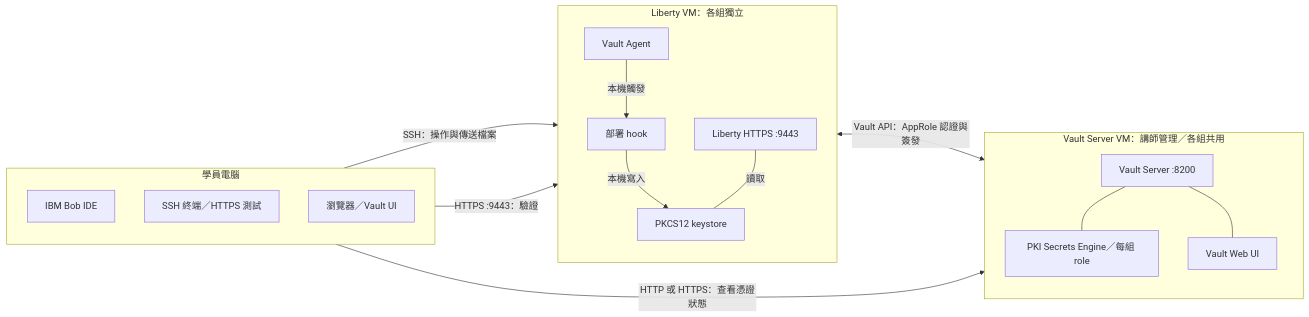
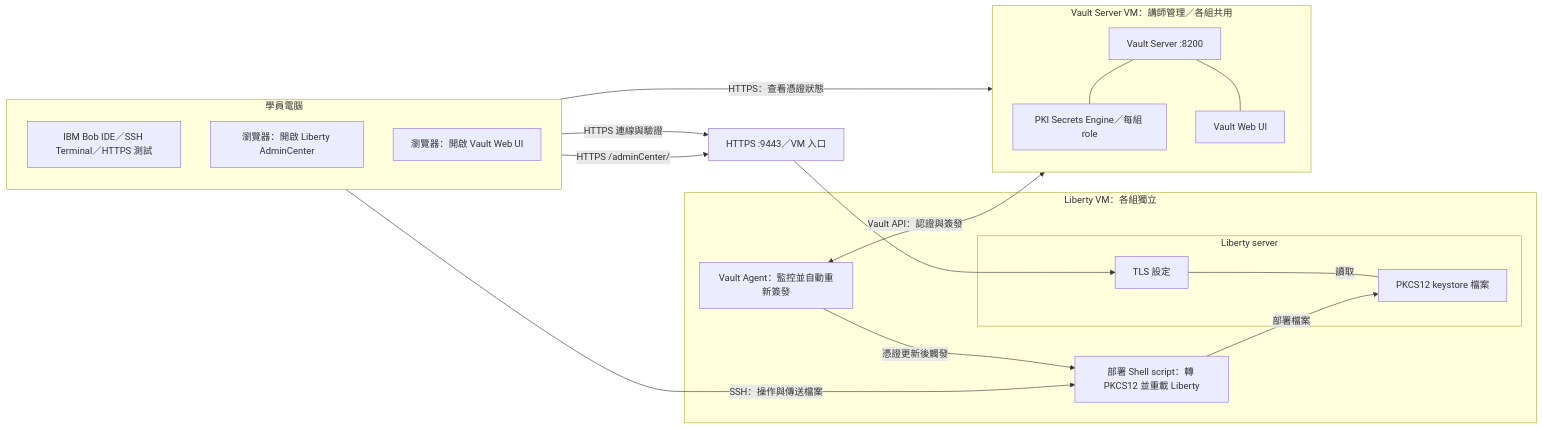
Before and after one commit to icewater30012/bob-workshop-spop: the diagram in topics/vault-liberty-clm/parts/part-1-vault-agent.md, drawn with Mermaid. The commit also changed 14 other files, not shown here.

Commit message:
docs: redraw Part 1-4 architecture diagrams, add AdminCenter browser access

````diff
--- a/topics/vault-liberty-clm/parts/part-1-vault-agent.md
+++ b/topics/vault-liberty-clm/parts/part-1-vault-agent.md
@@ -9,31 +9,35 @@
 ```mermaid
 flowchart LR
   subgraph STUDENT["學員電腦"]
     direction TB
-    B["IBM Bob IDE"]
-    T["SSH 終端／HTTPS 測試"]
-    U["瀏覽器／Vault UI"]
+    B["IBM Bob IDE／SSH Terminal／HTTPS 測試"]
+    A1["瀏覽器：開啟 Liberty AdminCenter"]
+    U["瀏覽器：開啟 Vault Web UI"]
   end
+  E["HTTPS :9443／VM 入口"]
   subgraph LIBERTY["Liberty VM：各組獨立"]
-    direction TB
-  A["Vault Agent"]
-  H["部署 hook"]
-  K["PKCS12 keystore"]
-  L["Liberty HTTPS :9443"]
-  A -->|本機觸發| H
-  H -->|本機寫入| K
-  L ---|讀取| K
+    AG["Vault Agent：監控並自動重新簽發"]
+    H["部署 Shell script：轉 PKCS12 並重載 Liberty"]
+    subgraph APP["Liberty server"]
+      L["TLS 設定"]
+      K["PKCS12 keystore 檔案"]
+      L ---|讀取| K
+    end
+    AG -->|憑證更新後觸發| H
+    H -->|部署檔案| K
   end
-  T -->|SSH：操作與傳送檔案| A
-  T -->|HTTPS :9443：驗證| L
   subgraph VAULT["Vault Server VM：講師管理／各組共用"]
     direction TB
     V["Vault Server :8200"]
     P["PKI Secrets Engine／每組 role"]
     W["Vault Web UI"]
     V --- P
     V --- W
   end
-  A <-->|Vault API：AppRole 認證與簽發| V
-  U -->|HTTP 或 HTTPS：查看憑證狀態| W
+  B -->|SSH：操作與傳送檔案| H
+  B -->|HTTPS 連線與驗證| E
+  A1 -->|HTTPS /adminCenter/| E
+  AG <-->|Vault API：認證與簽發| V
+  U -->|HTTPS：查看憑證狀態| W
+  E --> L
 ```
````
